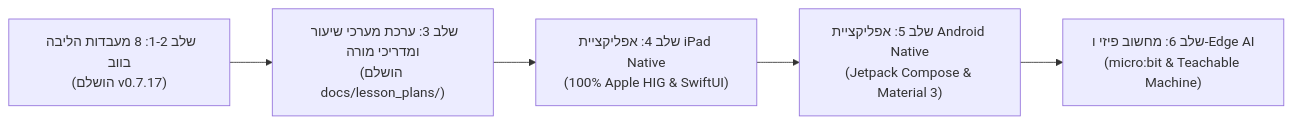
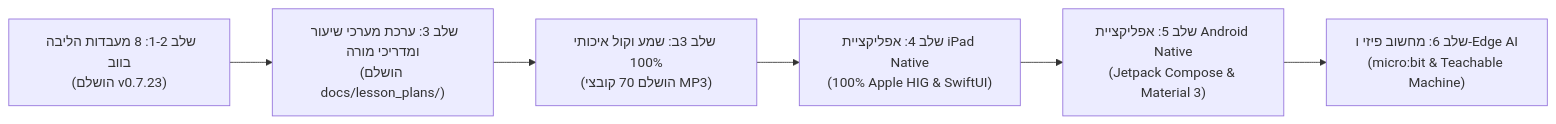
The diagram in ROADMAP.he.md (omerninyo/zenlab), drawn with Mermaid before and after one commit. The commit also changed other lines of this file and 81 other files, not shown here.

````diff
--- a/ROADMAP.he.md
+++ b/ROADMAP.he.md
@@ -13,7 +13,8 @@
 ```mermaid
 flowchart LR
-    P1["שלב 1-2: 8 מעבדות הליבה בווב\n(הושלם v0.7.17)"] --> P3["שלב 3: ערכת מערכי שיעור ומדריכי מורה\n(הושלם docs/lesson_plans/)"]
-    P3 --> P4["שלב 4: אפליקציית iPad Native\n(100% Apple HIG & SwiftUI)"]
+    P1["שלב 1-2: 8 מעבדות הליבה בווב\n(הושלם v0.7.23)"] --> P3["שלב 3: ערכת מערכי שיעור ומדריכי מורה\n(הושלם docs/lesson_plans/)"]
+    P3 --> P3B["שלב 3ב: שמע וקול איכותי 100%\n(הושלם 70 קובצי MP3)"]
+    P3B --> P4["שלב 4: אפליקציית iPad Native\n(100% Apple HIG & SwiftUI)"]
     P4 --> P5["שלב 5: אפליקציית Android Native\n(Jetpack Compose & Material 3)"]
     P5 --> P6["שלב 6: מחשוב פיזי ו-Edge AI\n(micro:bit & Teachable Machine)"]
 ```
````
